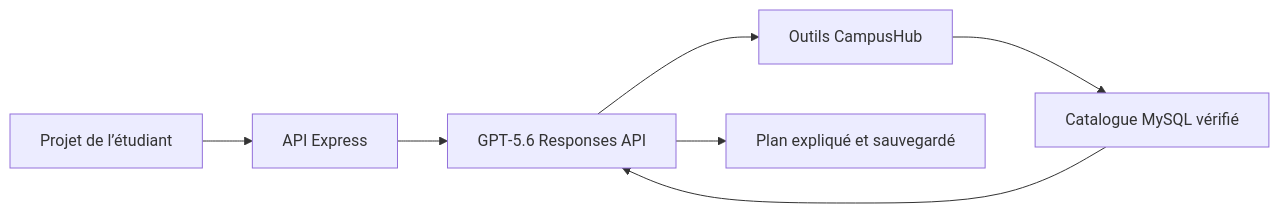
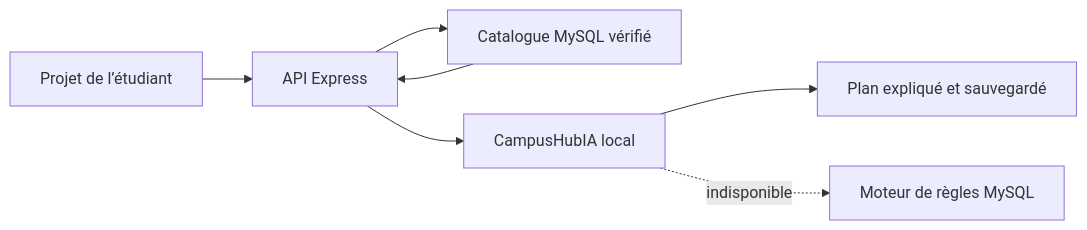
The diagram in README.md (Sagelusenge/CampusHub), drawn with Mermaid before and after one commit. The commit also changed other lines of this file and 69 other files, not shown here.

Commit message:
feat: integrer CampusHubIA local et finaliser la plateforme

````diff
--- a/README.md
+++ b/README.md
@@ -18,9 +19,9 @@
 ```mermaid
 flowchart LR
-  E["Projet de l’étudiant"] --> API["API Express"]
-  API --> GPT["GPT‑5.6 Responses API"]
-  GPT --> OUTILS["Outils CampusHub"]
-  OUTILS --> DB["Catalogue MySQL vérifié"]
-  DB --> GPT
-  GPT --> D["Plan expliqué et sauvegardé"]
+  U["Projet de l’étudiant"] --> API["API Express"]
+  API --> DB["Catalogue MySQL vérifié"]
+  DB --> API
+  API --> IA["CampusHubIA local"]
+  IA --> R["Plan expliqué et sauvegardé"]
+  IA -. "indisponible" .-> REGLES["Moteur de règles MySQL"]
 ```
````
